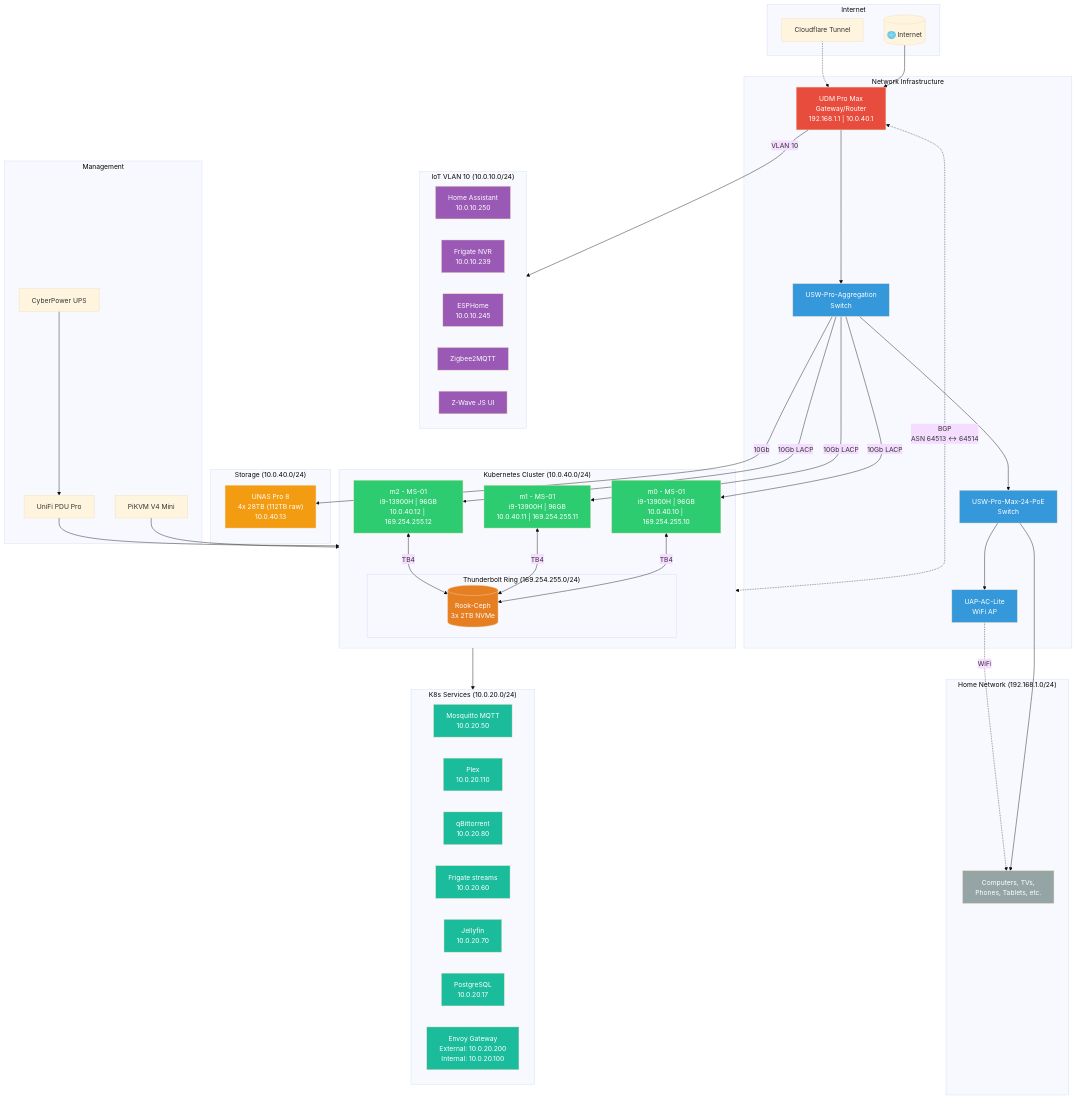
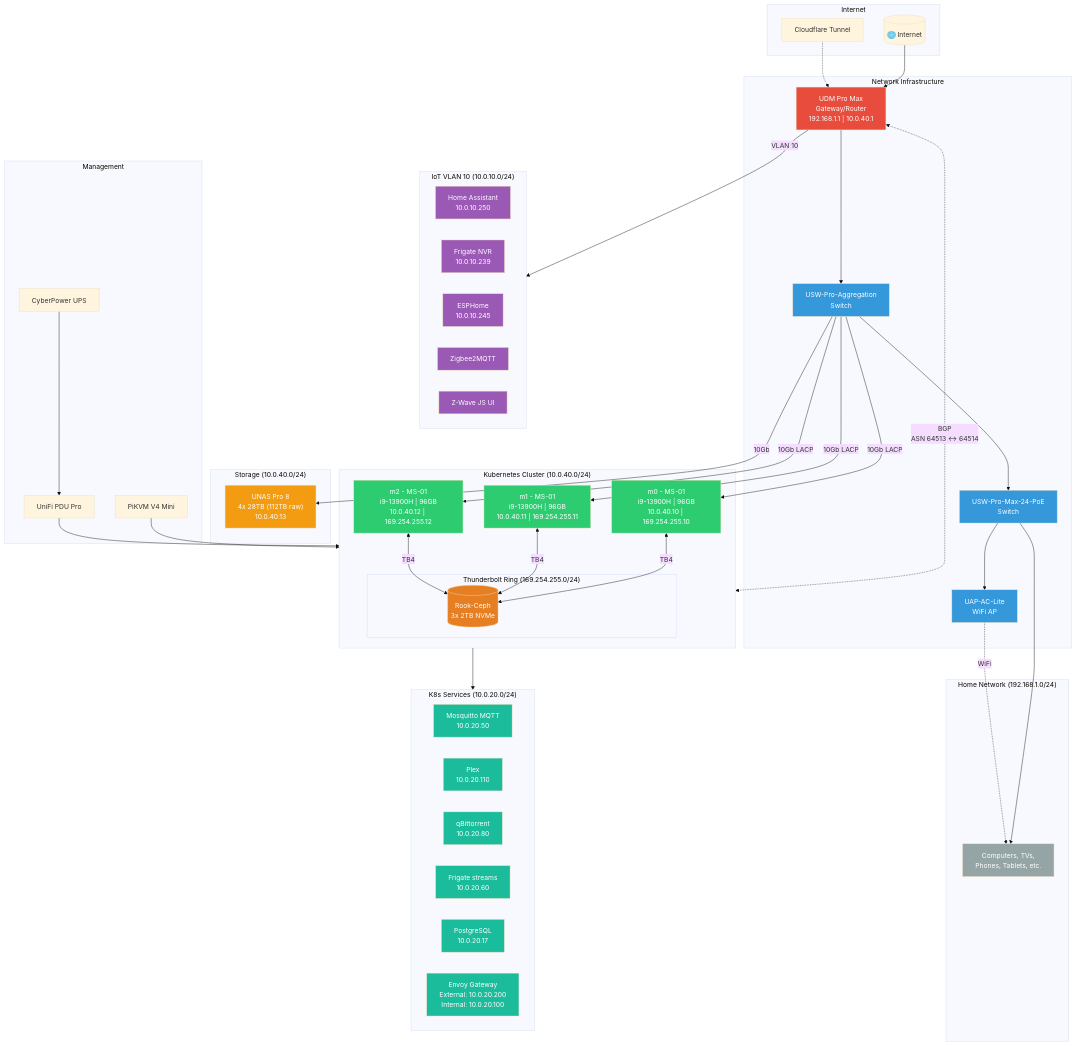
Before and after one commit to mchestr/home-cluster: the first of 2 diagrams in docs/src/notes/networking.md, drawn with Mermaid (base theme). The commit also changed 13 other files, not shown here.

````diff
--- a/docs/src/notes/networking.md
+++ b/docs/src/notes/networking.md
@@ -49,7 +49,6 @@
         Plex["Plex<br/>10.0.20.110"]
         QBT["qBittorrent<br/>10.0.20.80"]
         Frigate2["Frigate streams<br/>10.0.20.60"]
-        Jellyfin["Jellyfin<br/>10.0.20.70"]
         PG["PostgreSQL<br/>10.0.20.17"]
         Envoy["Envoy Gateway<br/>External: 10.0.20.200<br/>Internal: 10.0.20.100"]
     end
@@ -96,6 +95,6 @@
     class NAS storage
     class CEPH tbring
     class HA,Frigate,ESPHome,Zigbee,ZWave iot
-    class MQTT,Plex,QBT,Frigate2,Jellyfin,PG,Envoy service
+    class MQTT,Plex,QBT,Frigate2,PG,Envoy service
     class Devices homelan
 ```
````
